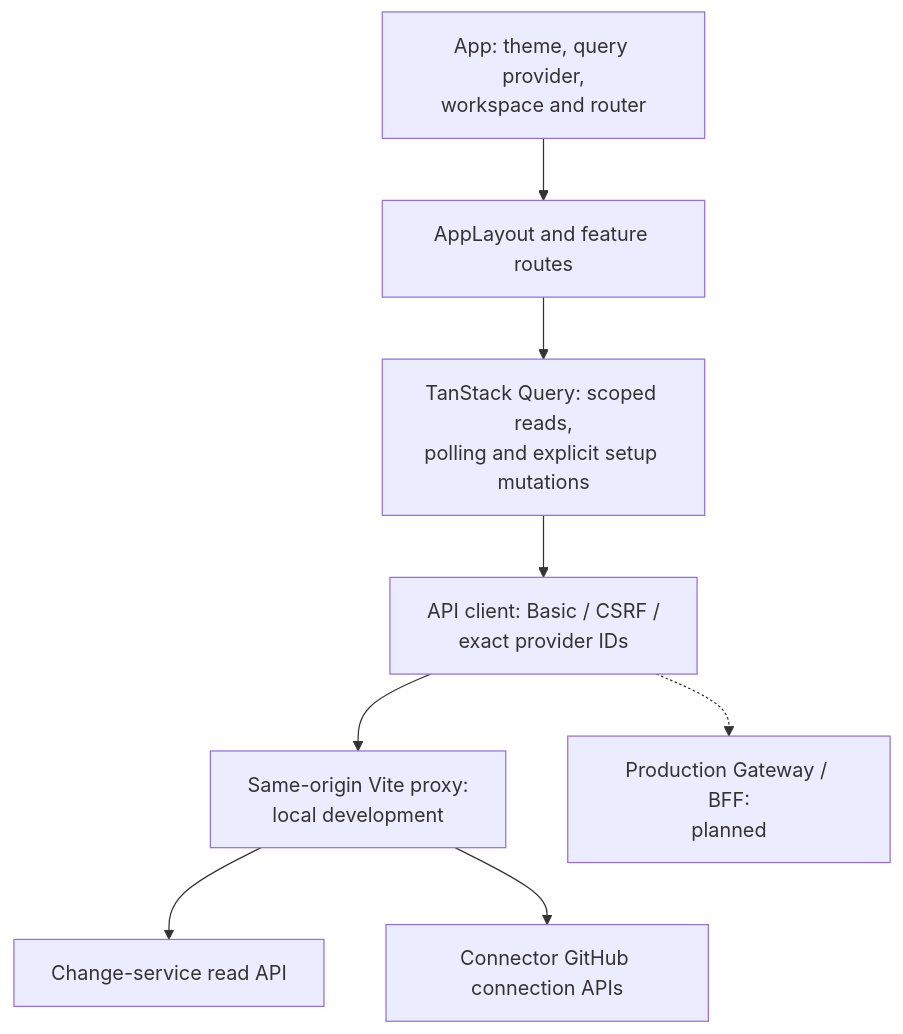
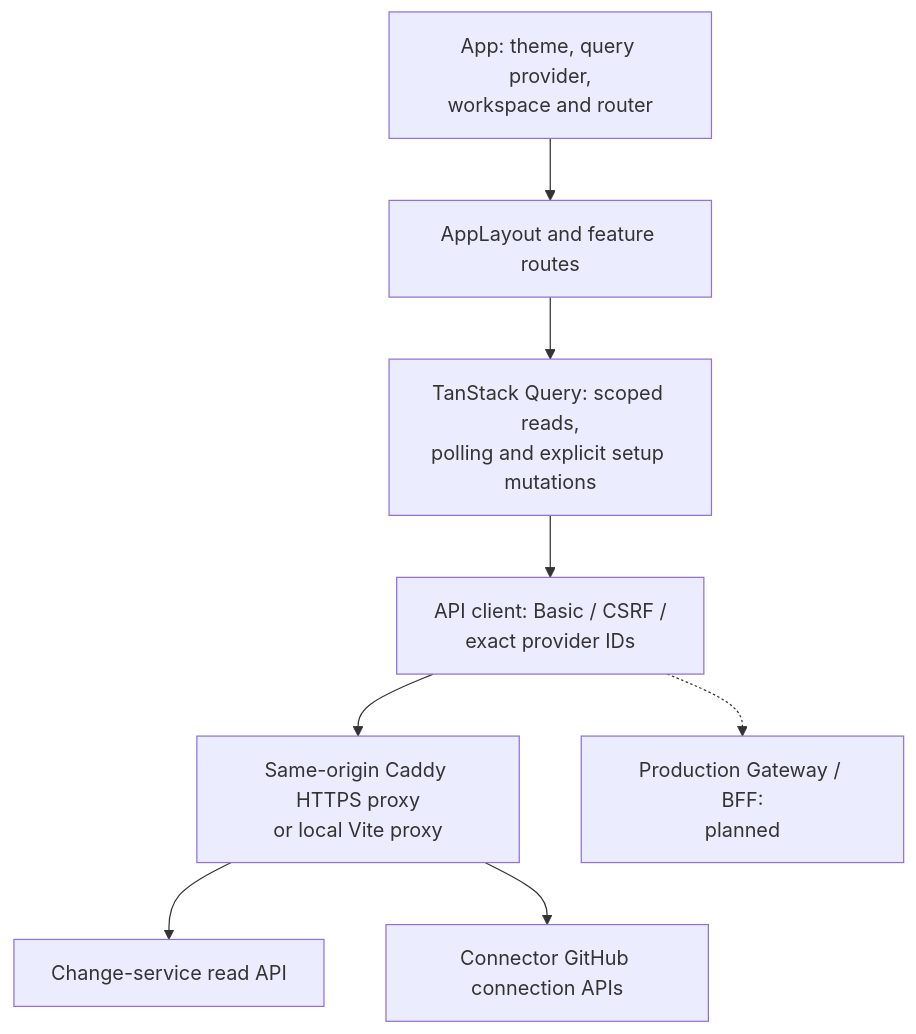
The second of 41 diagrams in README.md (ChangeGuardHQ/changuard-platform), drawn with Mermaid before and after one commit. The commit also changed other lines of this file and 18 other files, not shown here.

````diff
--- a/README.md
+++ b/README.md
@@ -586,10 +587,10 @@
 ```mermaid
 flowchart TD
     App["App: theme, query provider,<br/>workspace and router"] --> Layout["AppLayout and feature routes"]
     Layout --> Query["TanStack Query: scoped reads,<br/>polling and explicit setup mutations"]
     Query --> Client["API client: Basic / CSRF /<br/>exact provider IDs"]
-    Client --> Proxy["Same-origin Vite proxy:<br/>local development"]
+    Client --> Proxy["Same-origin Caddy HTTPS proxy<br/>or local Vite proxy"]
     Proxy --> Change["Change-service read API"]
     Proxy --> Connector["Connector GitHub connection APIs"]
     Client -.-> BFF["Production Gateway / BFF:<br/>planned"]
 ```
````
